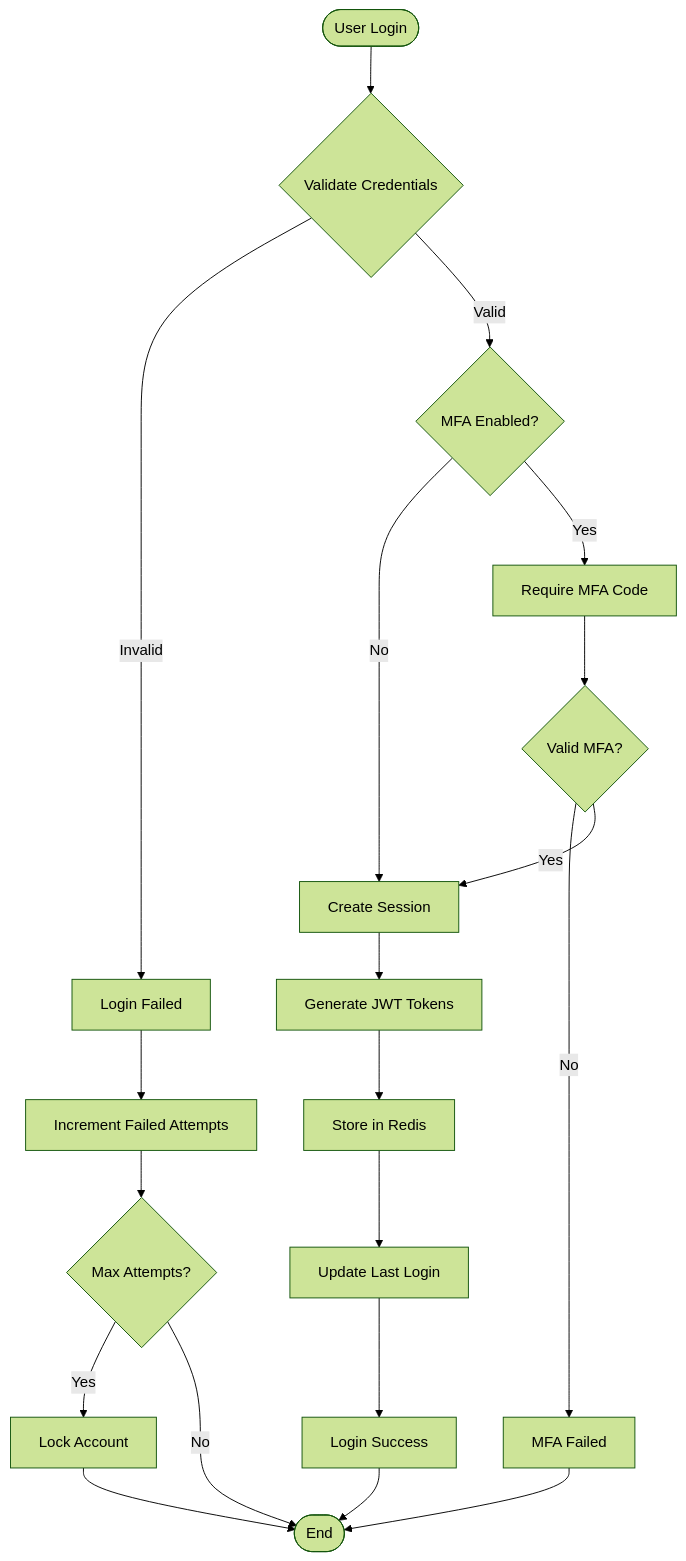
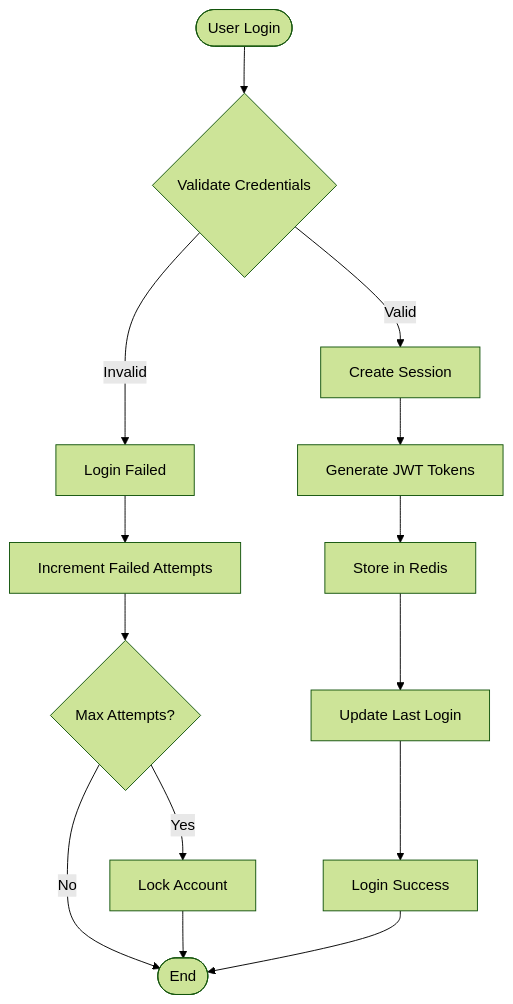
The fourth of 4 diagrams in docs/api/core-user-service.md (VisioBook-ESP/docs-architecture), drawn with Mermaid (forest theme) before and after one commit. The commit also changed other lines of this file and 3 other files, not shown here.

````diff
--- a/docs/api/core-user-service.md
+++ b/docs/api/core-user-service.md
@@ -852,26 +735,19 @@
 ```mermaid
 flowchart TD
     Start([User Login]) --> ValidateCreds{Validate Credentials}
     ValidateCreds -->|Invalid| LoginFail[Login Failed]
-    ValidateCreds -->|Valid| CheckMFA{MFA Enabled?}
-
-    CheckMFA -->|No| CreateSession[Create Session]
-    CheckMFA -->|Yes| RequireMFA[Require MFA Code]
-    RequireMFA --> ValidateMFA{Valid MFA?}
-    ValidateMFA -->|No| MFAFail[MFA Failed]
-    ValidateMFA -->|Yes| CreateSession
+    ValidateCreds -->|Valid| CreateSession[Create Session]
 
     CreateSession --> GenerateTokens[Generate JWT Tokens]
     GenerateTokens --> StoreSession[Store in Redis]
     StoreSession --> UpdateLastLogin[Update Last Login]
     UpdateLastLogin --> Success[Login Success]
 
     LoginFail --> IncrementAttempts[Increment Failed Attempts]
     IncrementAttempts --> CheckLockout{Max Attempts?}
     CheckLockout -->|Yes| LockAccount[Lock Account]
     CheckLockout -->|No| End([End])
 
-    MFAFail --> End
     LockAccount --> End
     Success --> End
 ```
````
